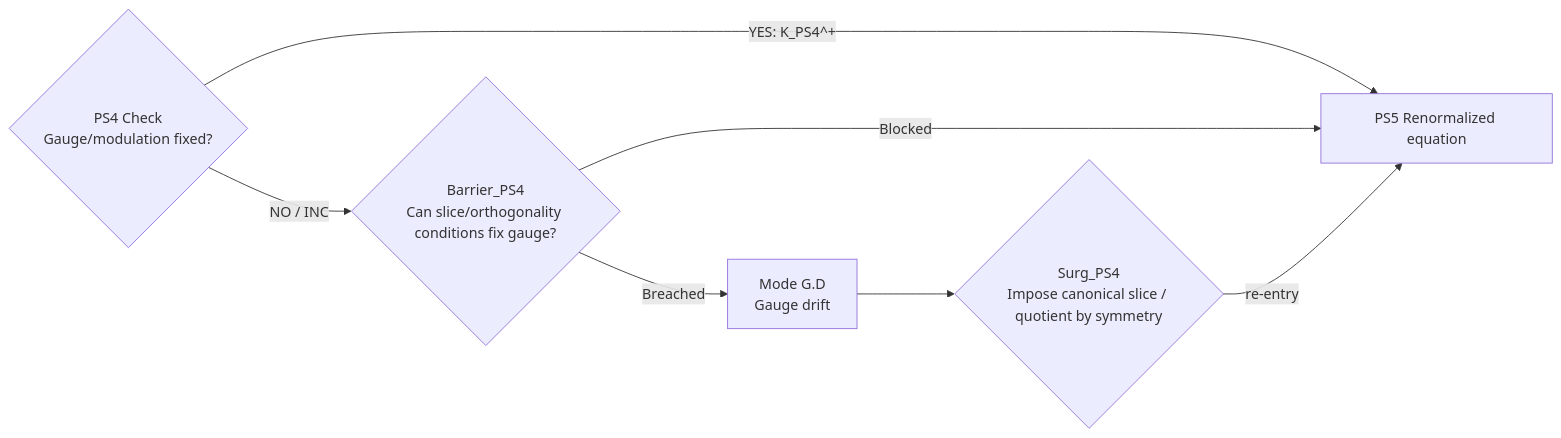
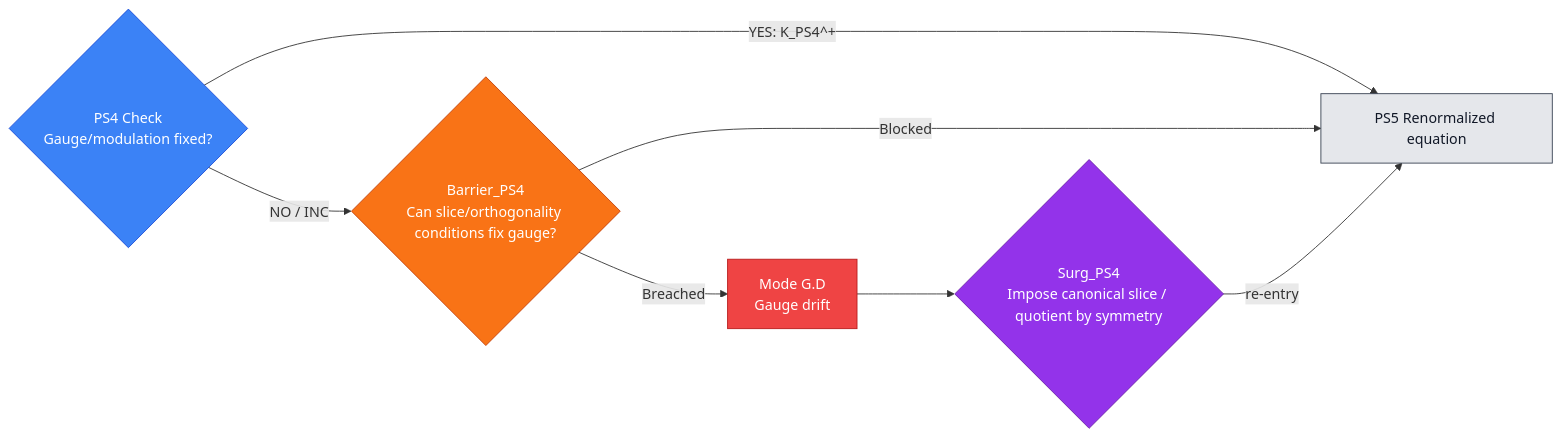
Before and after one commit to Guillemdb/hypostructure: the tenth of 54 diagrams in docs/source/1_hypostructure_formalism/edits/new_sieve.md, drawn with Mermaid. The commit also changed other lines of this file and 5 other files, not shown here.

````diff
--- a/docs/source/1_hypostructure_formalism/edits/new_sieve.md
+++ b/docs/source/1_hypostructure_formalism/edits/new_sieve.md
@@ -225,10 +1254,23 @@
 ```mermaid
 flowchart LR
     C{"PS4 Check<br/>Gauge/modulation fixed?"}
     C -- "YES: K_PS4^+" --> N["PS5 Renormalized equation"]
     C -- "NO / INC" --> B{"Barrier_PS4<br/>Can slice/orthogonality conditions fix gauge?"}
     B -- "Blocked" --> N
     B -- "Breached" --> M["Mode G.D<br/>Gauge drift"]
     M --> S{"Surg_PS4<br/>Impose canonical slice / quotient by symmetry"}
     S -- "re-entry" --> N
+
+    classDef check fill:#3b82f6,stroke:#1d4ed8,color:#ffffff;
+    classDef barrier fill:#f97316,stroke:#c2410c,color:#ffffff;
+    classDef mode fill:#ef4444,stroke:#b91c1c,color:#ffffff;
+    classDef surgery fill:#9333ea,stroke:#6b21a8,color:#ffffff;
+    classDef next fill:#e5e7eb,stroke:#374151,color:#111827;
+    classDef terminal fill:#fef3c7,stroke:#d97706,color:#111827;
+
+    class C check;
+    class B barrier;
+    class M mode;
+    class S surgery;
+    class N next;
 ```
````
